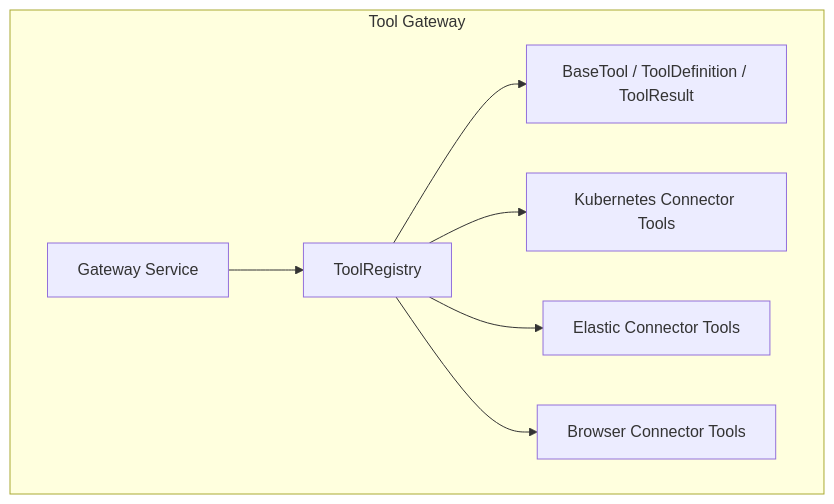
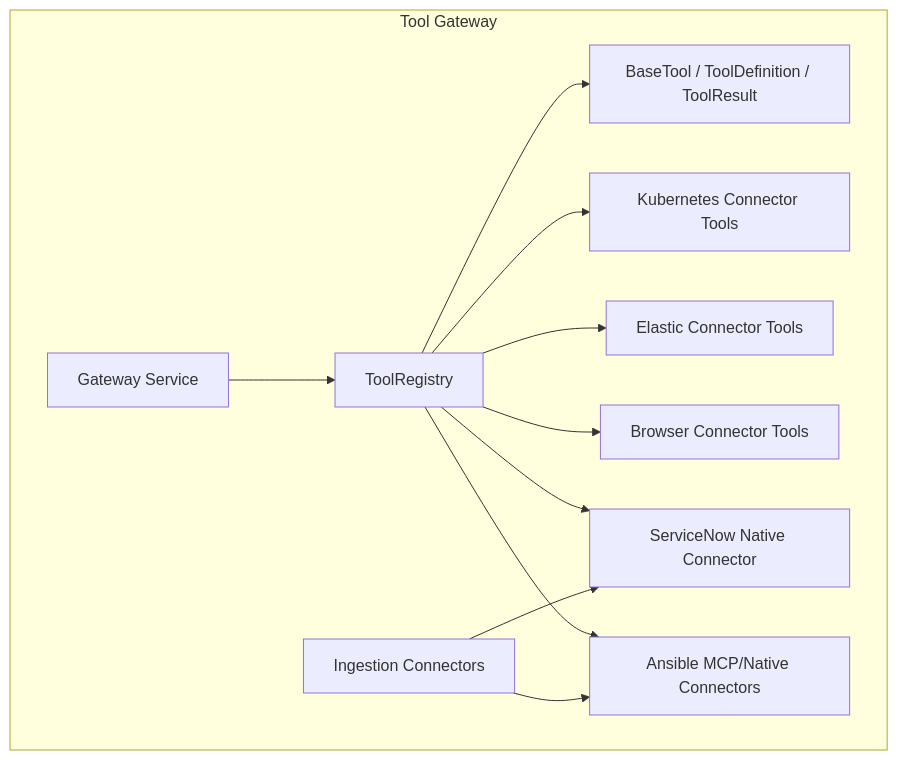
Before and after one commit to metasync/luban-aiops: the first of 6 diagrams in .qoder/repowiki/en/content/Tool Execution Framework/Tool Development Guide.md, drawn with Mermaid. The commit also changed other lines of this file and 7 other files, not shown here.

Commit message:
docs: index the ServiceNow live-integration guide in the repowiki cache

````diff
--- a/.qoder/repowiki/en/content/Tool Execution Framework/Tool Development Guide.md
+++ b/.qoder/repowiki/en/content/Tool Execution Framework/Tool Development Guide.md
@@ -35,16 +51,23 @@
 ```mermaid
 graph TB
 subgraph "Tool Gateway"
 GW["Gateway Service"]
 REG["ToolRegistry"]
 BASE["BaseTool / ToolDefinition / ToolResult"]
 K8S["Kubernetes Connector Tools"]
 ELA["Elastic Connector Tools"]
 BRW["Browser Connector Tools"]
+SNOW["ServiceNow Native Connector"]
+ANSIBLE["Ansible MCP/Native Connectors"]
+INGESTION["Ingestion Connectors"]
 end
 GW --> REG
 REG --> BASE
 REG --> K8S
 REG --> ELA
 REG --> BRW
+REG --> SNOW
+REG --> ANSIBLE
+INGESTION --> SNOW
+INGESTION --> ANSIBLE
 ```
````
